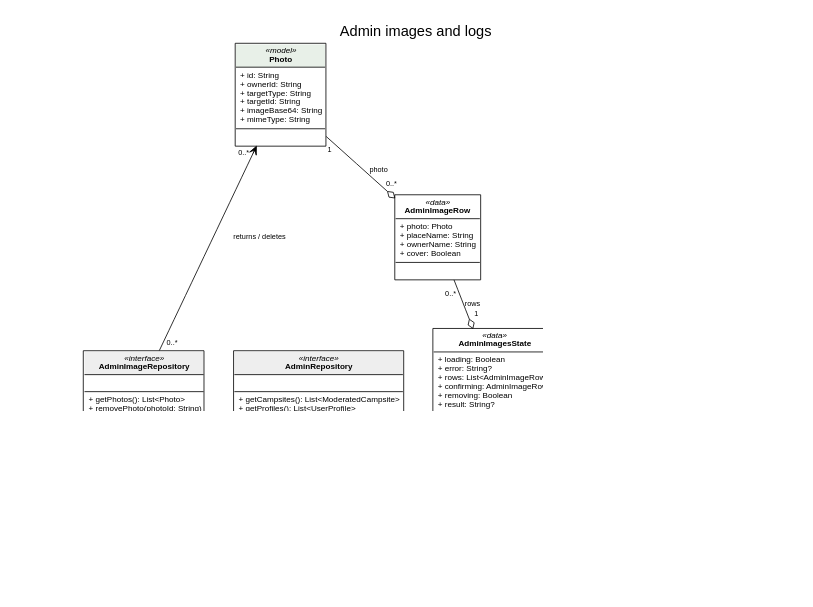
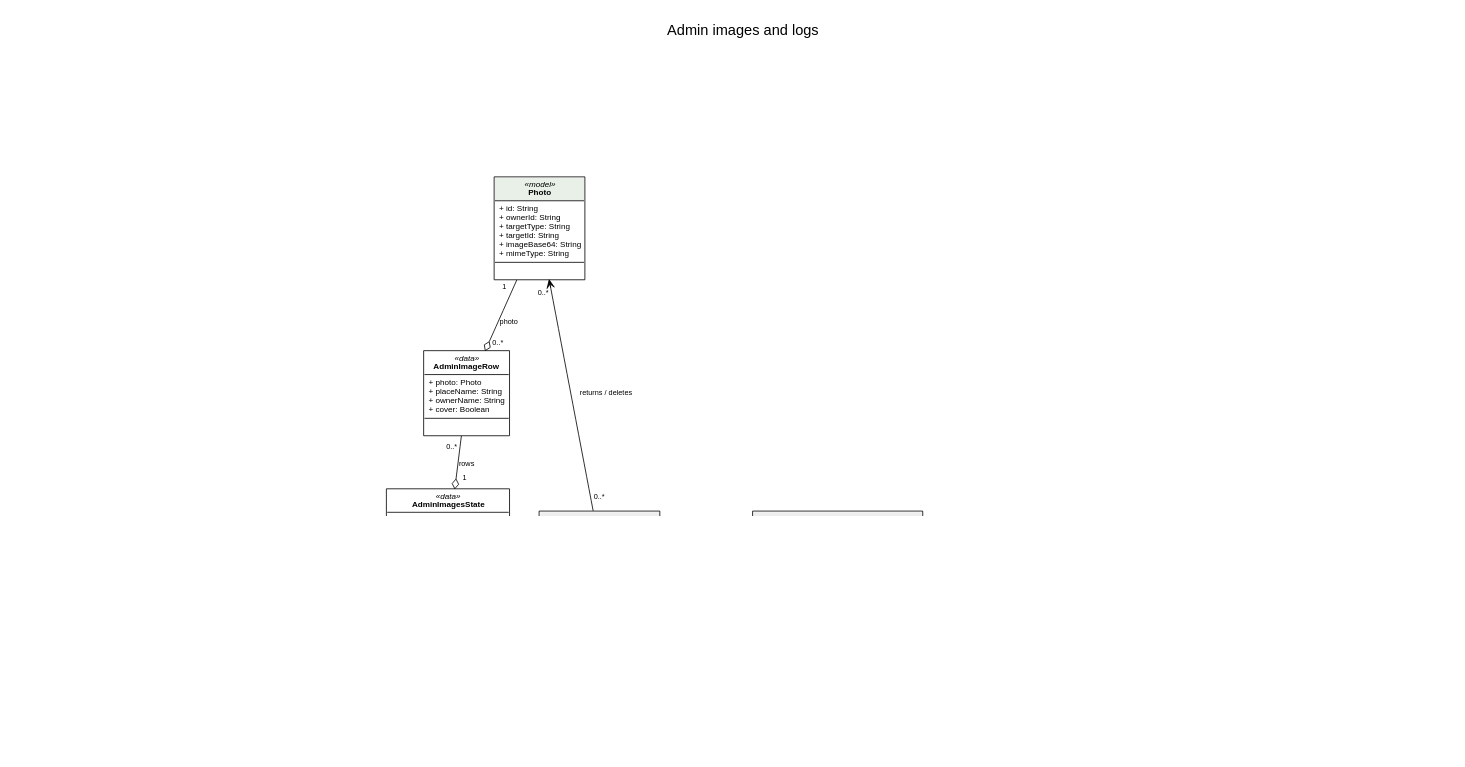
The diagram in doc/uml/admin_images_logs.dot (CMPUT301F26-legion/legion-events), drawn with Graphviz before and after one commit. The commit also changed 14 other files, not shown here.

First line of the commit message:
Add S20 Admin logs: notifications and owner messages (US 03.08.01, 03.12.01, 03.11.01)

```diff
--- a/doc/uml/admin_images_logs.dot
+++ b/doc/uml/admin_images_logs.dot
@@ -1,29 +1,46 @@
 // UML class diagram: admin images and logs (Person 4)
 // Render with: python3 render.py admin_images_logs.dot admin_images_logs.png  (needs Graphviz and Google Chrome)
 digraph G {
   graph [rankdir=BT fontname="Liberation Sans" nodesep=0.5 ranksep=0.7 dpi=110 pad=0.3
          label="Admin images and logs" labelloc=t fontsize=18];
   node  [shape=plain fontname="Liberation Sans" fontsize=10];
   edge  [fontname="Liberation Sans" fontsize=9 labeldistance=1.8 labelangle=35];
   // Notation: extends (hollow triangle), one-way navigability (open arrow), association (plain line),
   // aggregation (hollow diamond on the owner), composition (filled diamond on the owner).
   // taillabel = source multiplicity, headlabel = target multiplicity. Extends has none.
   // AdminRepository and its models are detailed in admin_moderation.dot.
 
   Photo [label=<<TABLE BORDER="1" CELLBORDER="0" CELLSPACING="0" CELLPADDING="4"><TR><TD BGCOLOR="#e8f0e8"><I>«model»</I><BR/><B>Photo</B></TD></TR><TR><TD ALIGN="LEFT" BALIGN="LEFT" SIDES="T" BORDER="1">+ id: String<BR/>+ ownerId: String<BR/>+ targetType: String<BR/>+ targetId: String<BR/>+ imageBase64: String<BR/>+ mimeType: String</TD></TR><TR><TD ALIGN="LEFT" BALIGN="LEFT" SIDES="T" BORDER="1"> </TD></TR></TABLE>>];
   AdminRepository [label=<<TABLE BORDER="1" CELLBORDER="0" CELLSPACING="0" CELLPADDING="4"><TR><TD BGCOLOR="#eeeeee"><I>«interface»</I><BR/><B>AdminRepository</B></TD></TR><TR><TD ALIGN="LEFT" BALIGN="LEFT" SIDES="T" BORDER="1"> </TD></TR><TR><TD ALIGN="LEFT" BALIGN="LEFT" SIDES="T" BORDER="1">+ getCampsites(): List&lt;ModeratedCampsite&gt;<BR/>+ getProfiles(): List&lt;UserProfile&gt;</TD></TR></TABLE>>];
   AdminImageRepository [label=<<TABLE BORDER="1" CELLBORDER="0" CELLSPACING="0" CELLPADDING="4"><TR><TD BGCOLOR="#eeeeee"><I>«interface»</I><BR/><B>AdminImageRepository</B></TD></TR><TR><TD ALIGN="LEFT" BALIGN="LEFT" SIDES="T" BORDER="1"> </TD></TR><TR><TD ALIGN="LEFT" BALIGN="LEFT" SIDES="T" BORDER="1">+ getPhotos(): List&lt;Photo&gt;<BR/>+ removePhoto(photoId: String)</TD></TR></TABLE>>];
   FirebaseAdminImageRepository [label=<<TABLE BORDER="1" CELLBORDER="0" CELLSPACING="0" CELLPADDING="4"><TR><TD><B>FirebaseAdminImageRepository</B></TD></TR><TR><TD ALIGN="LEFT" BALIGN="LEFT" SIDES="T" BORDER="1">- firestore: FirebaseFirestore<BR/>- PHOTOS = "photos"<BR/>+ instance: FirebaseAdminImageRepository</TD></TR><TR><TD ALIGN="LEFT" BALIGN="LEFT" SIDES="T" BORDER="1">+ getPhotos(): List&lt;Photo&gt;<BR/>+ removePhoto(photoId: String)</TD></TR></TABLE>>];
   AdminImagesController [label=<<TABLE BORDER="1" CELLBORDER="0" CELLSPACING="0" CELLPADDING="4"><TR><TD BGCOLOR="#e8eef8"><I>«controller» ViewModel</I><BR/><B>AdminImagesController</B></TD></TR><TR><TD ALIGN="LEFT" BALIGN="LEFT" SIDES="T" BORDER="1">- images: AdminImageRepository<BR/>- admin: AdminRepository<BR/>- mutableState: MutableStateFlow&lt;AdminImagesState&gt;<BR/>+ state: StateFlow&lt;AdminImagesState&gt;<BR/>- request: Job?</TD></TR><TR><TD ALIGN="LEFT" BALIGN="LEFT" SIDES="T" BORDER="1">+ refresh()<BR/>+ requestRemove(photoId: String)<BR/>+ cancelRemove()<BR/>+ confirmRemove()</TD></TR></TABLE>>];
   AdminImagesState [label=<<TABLE BORDER="1" CELLBORDER="0" CELLSPACING="0" CELLPADDING="4"><TR><TD><I>«data»</I><BR/><B>AdminImagesState</B></TD></TR><TR><TD ALIGN="LEFT" BALIGN="LEFT" SIDES="T" BORDER="1">+ loading: Boolean<BR/>+ error: String?<BR/>+ rows: List&lt;AdminImageRow&gt;<BR/>+ confirming: AdminImageRow?<BR/>+ removing: Boolean<BR/>+ result: String?<BR/>+ actionError: String?</TD></TR><TR><TD ALIGN="LEFT" BALIGN="LEFT" SIDES="T" BORDER="1"> </TD></TR></TABLE>>];
   AdminImageRow [label=<<TABLE BORDER="1" CELLBORDER="0" CELLSPACING="0" CELLPADDING="4"><TR><TD><I>«data»</I><BR/><B>AdminImageRow</B></TD></TR><TR><TD ALIGN="LEFT" BALIGN="LEFT" SIDES="T" BORDER="1">+ photo: Photo<BR/>+ placeName: String<BR/>+ ownerName: String<BR/>+ cover: Boolean</TD></TR><TR><TD ALIGN="LEFT" BALIGN="LEFT" SIDES="T" BORDER="1"> </TD></TR></TABLE>>];
   ImagesView [label=<<TABLE BORDER="1" CELLBORDER="0" CELLSPACING="0" CELLPADDING="4"><TR><TD BGCOLOR="#f8f0e0"><I>«view» composable</I><BR/><B>Admin images tab (S19)</B></TD></TR><TR><TD ALIGN="LEFT" BALIGN="LEFT" SIDES="T" BORDER="1"> </TD></TR><TR><TD ALIGN="LEFT" BALIGN="LEFT" SIDES="T" BORDER="1">+ AdminImagesScreen(state, onBack, onRetry, onRemove, onConfirmRemove, onCancelRemove)</TD></TR></TABLE>>];
   FirebaseAdminImageRepository -> AdminImageRepository [arrowhead=onormal];
   AdminImageRepository -> Photo [arrowhead=vee label="returns / deletes" taillabel="0..*" headlabel="0..*"];
   AdminImagesController -> AdminImageRepository [arrowhead=vee label="uses" taillabel="0..*" headlabel="1"];
   AdminImagesController -> AdminRepository [arrowhead=vee label="names campsites and owners" taillabel="0..*" headlabel="1"];
   AdminImagesController -> AdminImagesState [dir=back arrowtail=diamond label="exposes" taillabel="1" headlabel="1"];
   AdminImagesState -> AdminImageRow [dir=back arrowtail=odiamond label="rows" taillabel="1" headlabel="0..*"];
   AdminImageRow -> Photo [dir=back arrowtail=odiamond label="photo" taillabel="0..*" headlabel="1"];
   ImagesView -> AdminImagesState [arrowhead=vee label="renders" taillabel="0..*" headlabel="1"];
+  AdminLogCategory [label=<<TABLE BORDER="1" CELLBORDER="0" CELLSPACING="0" CELLPADDING="4"><TR><TD BGCOLOR="#e8f0e8"><I>«enumeration»</I><BR/><B>AdminLogCategory</B></TD></TR><TR><TD ALIGN="LEFT" BALIGN="LEFT" SIDES="T" BORDER="1">NOTIFICATION<BR/>MESSAGE</TD></TR><TR><TD ALIGN="LEFT" BALIGN="LEFT" SIDES="T" BORDER="1"> </TD></TR></TABLE>>];
+  AdminLogEntry [label=<<TABLE BORDER="1" CELLBORDER="0" CELLSPACING="0" CELLPADDING="4"><TR><TD BGCOLOR="#e8f0e8"><I>«model»</I><BR/><B>AdminLogEntry</B></TD></TR><TR><TD ALIGN="LEFT" BALIGN="LEFT" SIDES="T" BORDER="1">+ id: String<BR/>+ category: AdminLogCategory<BR/>+ type: String<BR/>+ fromUserId: String?<BR/>+ toUserIds: List&lt;String&gt;<BR/>+ text: String<BR/>+ lotteryId: String?<BR/>+ createdAt: Timestamp?<BR/>+ TYPE_OWNER_NOTICE = "owner_notice"<BR/>+ TYPE_DIRECT_MESSAGE = "direct_message"</TD></TR><TR><TD ALIGN="LEFT" BALIGN="LEFT" SIDES="T" BORDER="1"> </TD></TR></TABLE>>];
+  AdminLogRepository [label=<<TABLE BORDER="1" CELLBORDER="0" CELLSPACING="0" CELLPADDING="4"><TR><TD BGCOLOR="#eeeeee"><I>«interface»</I><BR/><B>AdminLogRepository</B></TD></TR><TR><TD ALIGN="LEFT" BALIGN="LEFT" SIDES="T" BORDER="1"> </TD></TR><TR><TD ALIGN="LEFT" BALIGN="LEFT" SIDES="T" BORDER="1">+ getNotifications(): List&lt;AdminLogEntry&gt;<BR/>+ getOwnerMessages(): List&lt;AdminLogEntry&gt;</TD></TR></TABLE>>];
+  FirebaseAdminLogRepository [label=<<TABLE BORDER="1" CELLBORDER="0" CELLSPACING="0" CELLPADDING="4"><TR><TD><B>FirebaseAdminLogRepository</B></TD></TR><TR><TD ALIGN="LEFT" BALIGN="LEFT" SIDES="T" BORDER="1">- firestore: FirebaseFirestore<BR/>+ instance: FirebaseAdminLogRepository</TD></TR><TR><TD ALIGN="LEFT" BALIGN="LEFT" SIDES="T" BORDER="1">+ getNotifications(): List&lt;AdminLogEntry&gt;<BR/>+ getOwnerMessages(): List&lt;AdminLogEntry&gt;</TD></TR></TABLE>>];
+  AdminLogsController [label=<<TABLE BORDER="1" CELLBORDER="0" CELLSPACING="0" CELLPADDING="4"><TR><TD BGCOLOR="#e8eef8"><I>«controller» ViewModel</I><BR/><B>AdminLogsController</B></TD></TR><TR><TD ALIGN="LEFT" BALIGN="LEFT" SIDES="T" BORDER="1">- logs: AdminLogRepository<BR/>- admin: AdminRepository<BR/>- zone: TimeZone<BR/>- mutableState: MutableStateFlow&lt;AdminLogsState&gt;<BR/>+ state: StateFlow&lt;AdminLogsState&gt;<BR/>- request: Job?</TD></TR><TR><TD ALIGN="LEFT" BALIGN="LEFT" SIDES="T" BORDER="1">+ refresh()<BR/>+ selectTab(tab: AdminLogCategory)</TD></TR></TABLE>>];
+  AdminLogsState [label=<<TABLE BORDER="1" CELLBORDER="0" CELLSPACING="0" CELLPADDING="4"><TR><TD><I>«data»</I><BR/><B>AdminLogsState</B></TD></TR><TR><TD ALIGN="LEFT" BALIGN="LEFT" SIDES="T" BORDER="1">+ loading: Boolean<BR/>+ error: String?<BR/>+ tab: AdminLogCategory<BR/>+ notifications: List&lt;AdminLogRow&gt;<BR/>+ messages: List&lt;AdminLogRow&gt;</TD></TR><TR><TD ALIGN="LEFT" BALIGN="LEFT" SIDES="T" BORDER="1"> </TD></TR></TABLE>>];
+  AdminLogRow [label=<<TABLE BORDER="1" CELLBORDER="0" CELLSPACING="0" CELLPADDING="4"><TR><TD><I>«data»</I><BR/><B>AdminLogRow</B></TD></TR><TR><TD ALIGN="LEFT" BALIGN="LEFT" SIDES="T" BORDER="1">+ entry: AdminLogEntry<BR/>+ title: String<BR/>+ from: String<BR/>+ to: String<BR/>+ time: String</TD></TR><TR><TD ALIGN="LEFT" BALIGN="LEFT" SIDES="T" BORDER="1"> </TD></TR></TABLE>>];
+  LogsView [label=<<TABLE BORDER="1" CELLBORDER="0" CELLSPACING="0" CELLPADDING="4"><TR><TD BGCOLOR="#f8f0e0"><I>«view» composable</I><BR/><B>Admin logs (S20)</B></TD></TR><TR><TD ALIGN="LEFT" BALIGN="LEFT" SIDES="T" BORDER="1"> </TD></TR><TR><TD ALIGN="LEFT" BALIGN="LEFT" SIDES="T" BORDER="1">+ AdminLogsScreen(state, onBack, onRetry, onTab)</TD></TR></TABLE>>];
+  FirebaseAdminLogRepository -> AdminLogRepository [arrowhead=onormal];
+  AdminLogRepository -> AdminLogEntry [arrowhead=vee label="returns" taillabel="0..*" headlabel="0..*"];
+  AdminLogEntry -> AdminLogCategory [arrowhead=vee label="category" taillabel="0..*" headlabel="1"];
+  AdminLogsController -> AdminLogRepository [arrowhead=vee label="uses" taillabel="0..*" headlabel="1"];
+  AdminLogsController -> AdminRepository [arrowhead=vee label="names users" taillabel="0..*" headlabel="1"];
+  AdminLogsController -> AdminLogsState [dir=back arrowtail=diamond label="exposes" taillabel="1" headlabel="1"];
+  AdminLogsState -> AdminLogRow [dir=back arrowtail=odiamond label="rows" taillabel="1" headlabel="0..*"];
+  AdminLogRow -> AdminLogEntry [dir=back arrowtail=odiamond label="entry" taillabel="0..*" headlabel="1"];
+  LogsView -> AdminLogsState [arrowhead=vee label="renders" taillabel="0..*" headlabel="1"];
 }
```
